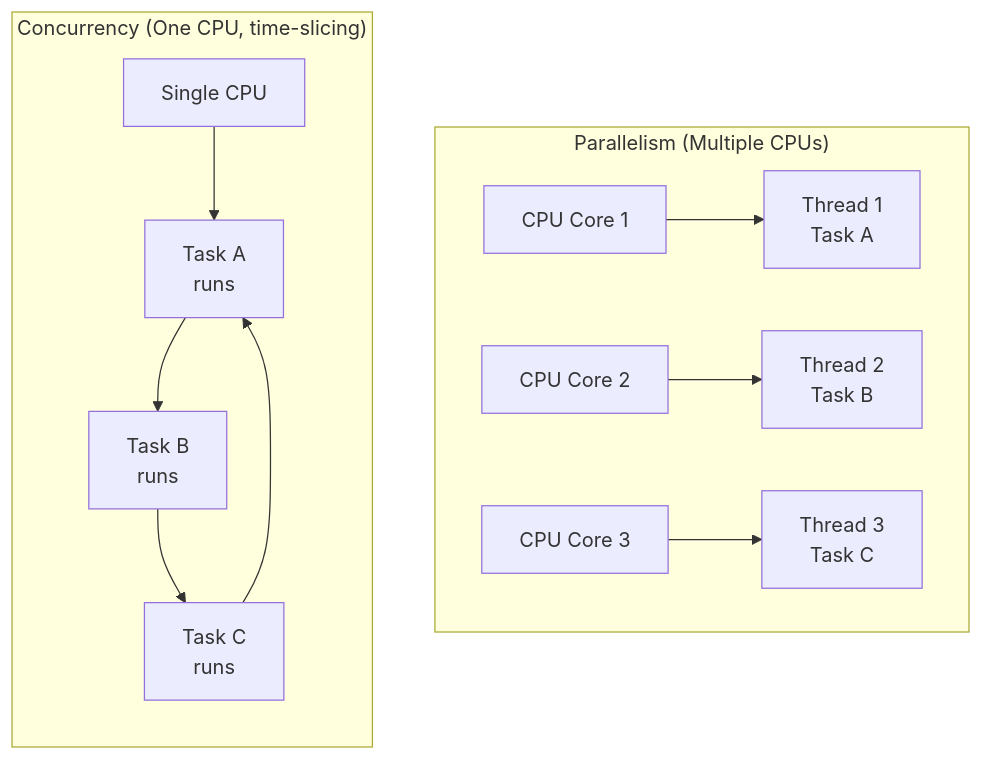
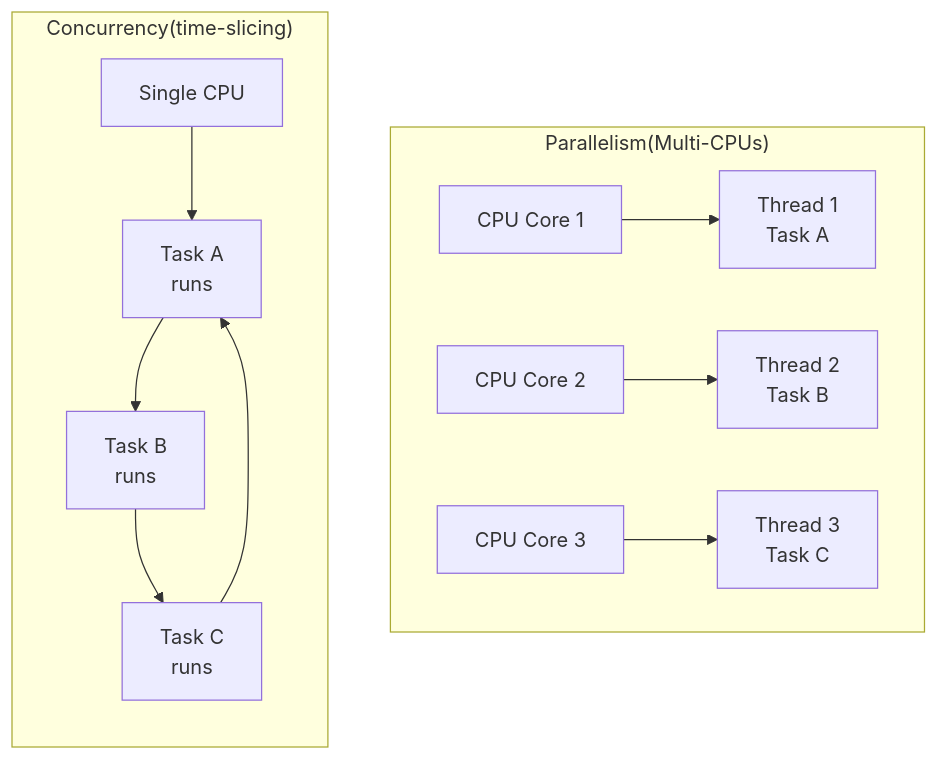
Before and after one commit to gameguild-gg/gameguild: the first of 7 diagrams in apps/web/src/data/courses/networking/05-framing/02f-concurrency-models.md, drawn with Mermaid. The commit also changed other lines of this file, not shown here.

Commit message:
docs(web/courses): Refine labels in concurrency and thread state diagrams

````diff
--- a/apps/web/src/data/courses/networking/05-framing/02f-concurrency-models.md
+++ b/apps/web/src/data/courses/networking/05-framing/02f-concurrency-models.md
@@ -7,17 +7,17 @@
 ```mermaid
 flowchart TB
-    subgraph Parallelism ["Parallelism (Multiple CPUs)"]
+    subgraph Parallelism ["Parallelism(Multi-CPUs)"]
         direction LR
         C1[CPU Core 1] --> T1[Thread 1<br/>Task A]
         C2[CPU Core 2] --> T2[Thread 2<br/>Task B]
         C3[CPU Core 3] --> T3[Thread 3<br/>Task C]
     end
 
-    subgraph Concurrency ["Concurrency (One CPU, time-slicing)"]
+    subgraph Concurrency ["Concurrency(time-slicing)"]
         direction TB
         CPU[Single CPU] --> S1[Task A<br/>runs]
         S1 --> S2[Task B<br/>runs]
         S2 --> S3[Task C<br/>runs]
         S3 --> S1
     end
 ```
````
